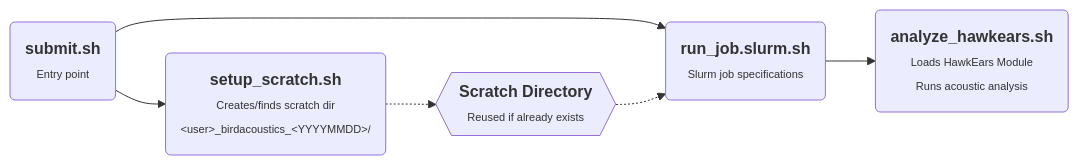
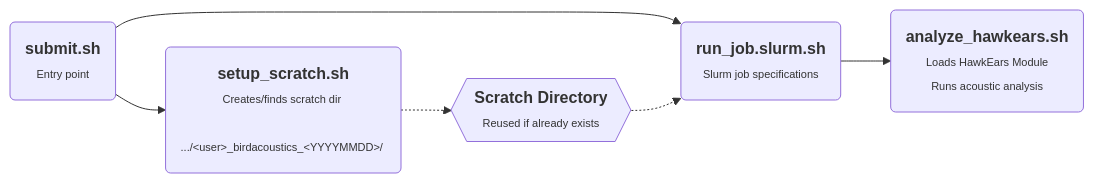
Before and after one commit to SamLokanc/birdacoustics: the diagram in README.md, drawn with Mermaid. The commit also changed other lines of this file, not shown here.

Commit message:
fix scratch paths

````diff
--- a/README.md
+++ b/README.md
@@ -13,19 +13,19 @@
 ```mermaid
 flowchart LR
     A("`**submit.sh**
     <span style='font-size: 11px;'>Entry point</span>`")
     B("`**setup_scratch.sh**
-    <span style='font-size: 11px;'>Creates/finds scratch dir </br> &ltuser&gt\_birdacoustics\_&ltYYYYMMDD&gt/ </span>`")
+    <span style='font-size: 11px;'>Creates/finds scratch dir </br> .../&ltuser&gt\_birdacoustics\_&ltYYYYMMDD&gt/ </span>`")
     C{{"`**Scratch Directory**
     <span style='font-size: 11px;'> Reused if already exists </span>`"}}
     D("`**run_job.slurm.sh**
     <span style='font-size: 11px;'> Slurm job specifications </span>`")
     E("`**analyze_hawkears.sh**
     <span style='font-size: 11px;'> Loads HawkEars Module </br> Runs acoustic analysis</span>`")
 
     A --> B 
     A --> D
     B -.-> C
     C -.-> D
     D --> E
 ```
````
